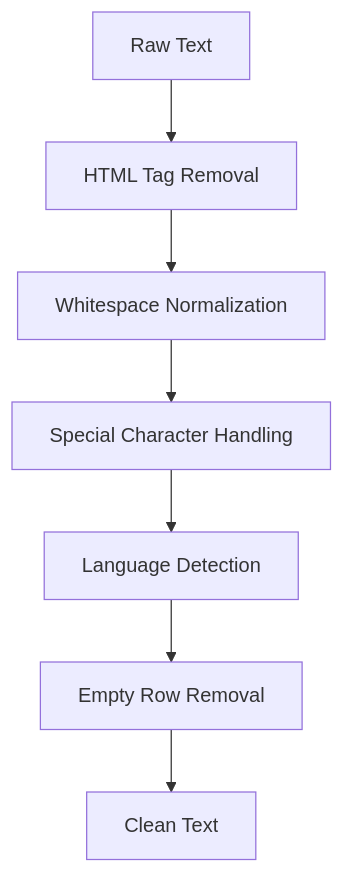
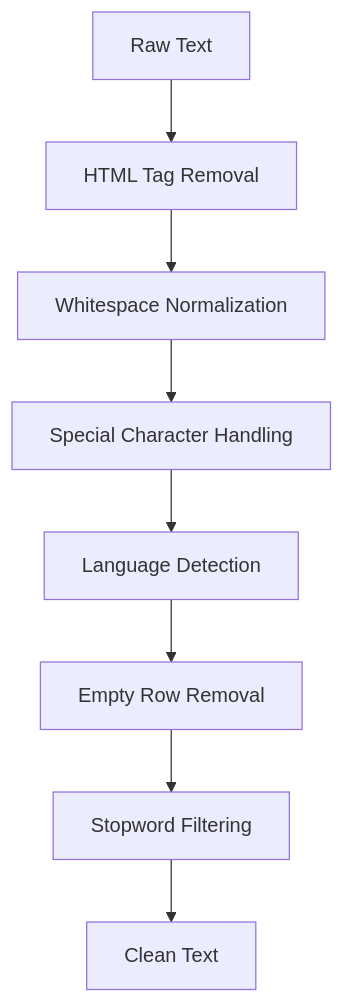
One commit to Fo-Nu-NLP-TG/FoNu_NLP_TG changed the second of 11 diagrams in data_processing/preprocessing_diagrams.md. Above: the diagram before and after it, drawn with Mermaid. The commit also changed other lines of this file and 14 other files, not shown here.

````diff
--- a/data_processing/preprocessing_diagrams.md
+++ b/data_processing/preprocessing_diagrams.md
@@ -31,9 +33,10 @@
 ```mermaid
 flowchart TD
     A[Raw Text] --> B[HTML Tag Removal]
     B --> C[Whitespace Normalization]
     C --> D[Special Character Handling]
     D --> E[Language Detection]
     E --> F[Empty Row Removal]
-    F --> G[Clean Text]
+    F --> G[Stopword Filtering]
+    G --> H[Clean Text]
 ```
````
